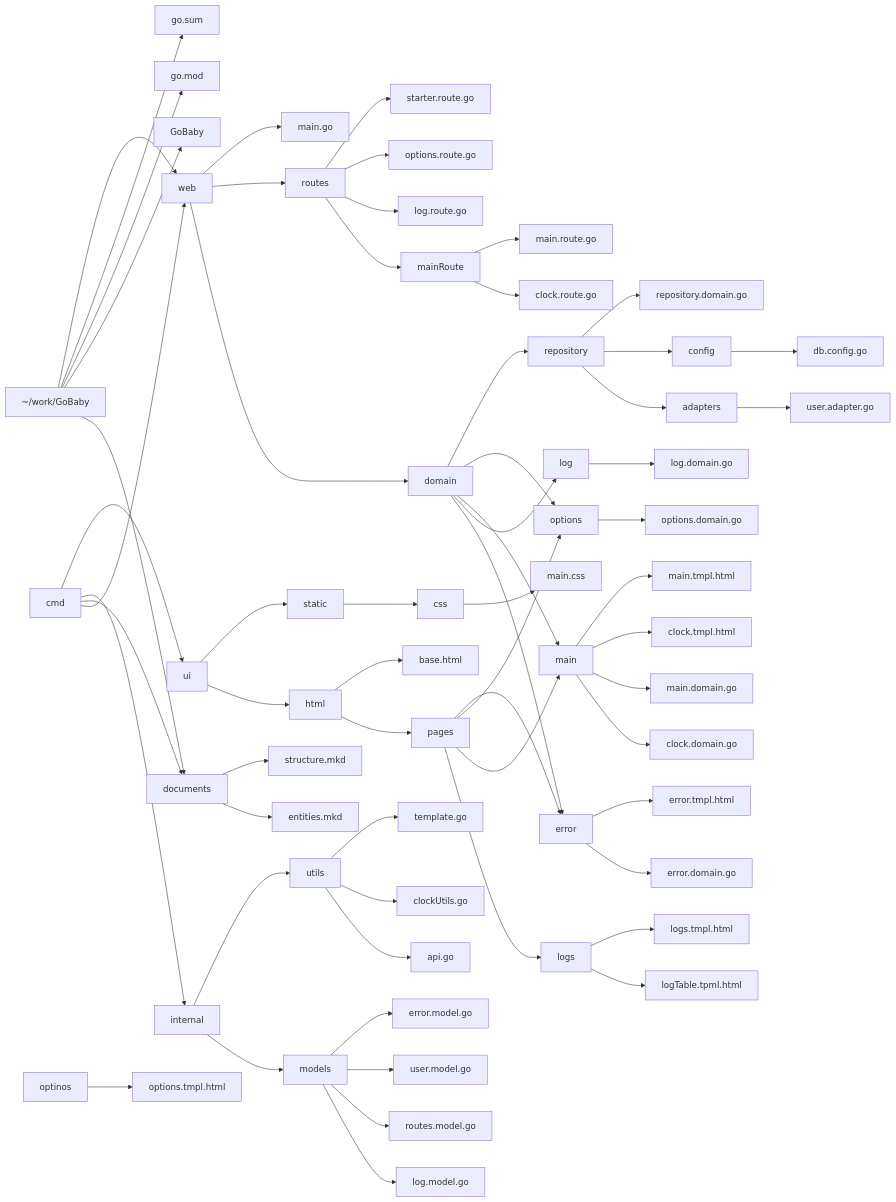
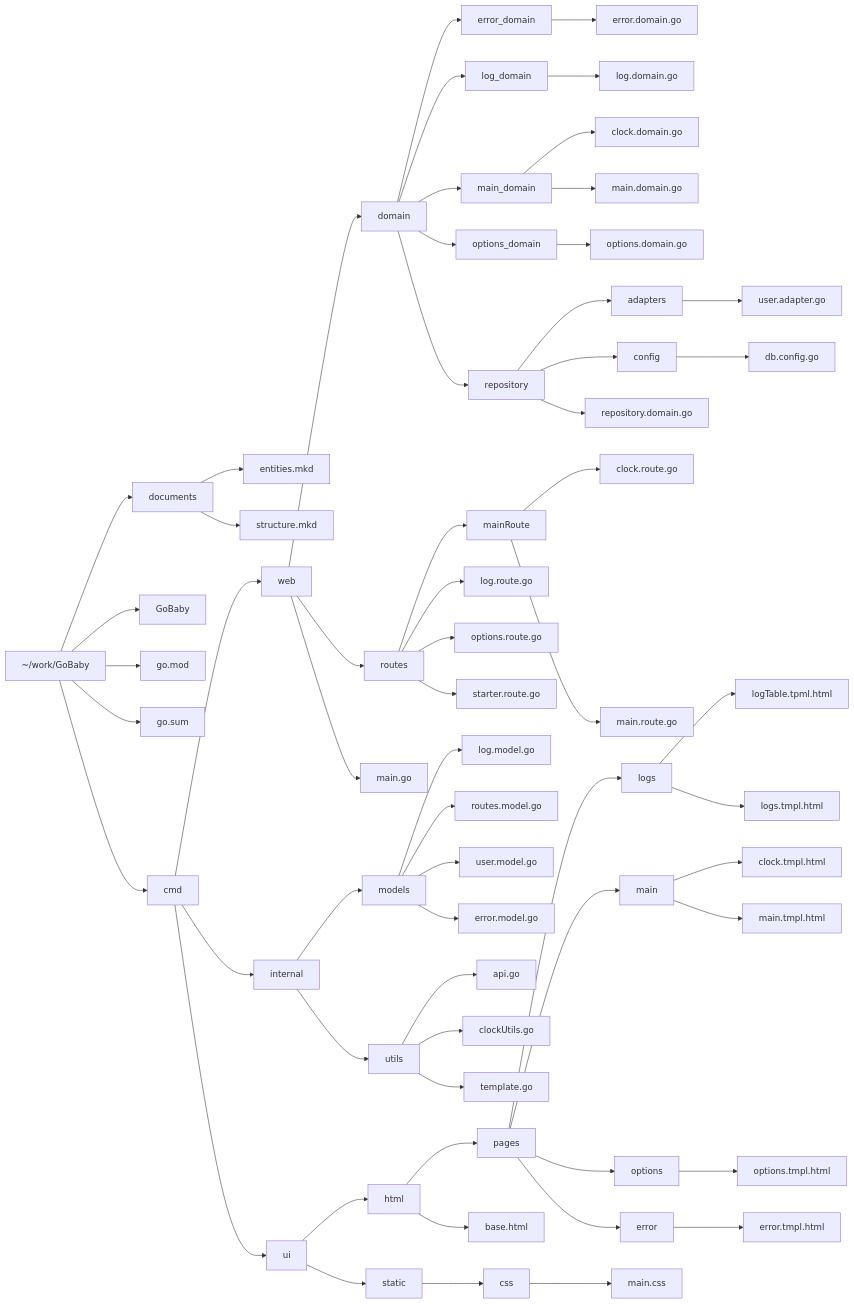
The diagram in readme.md (Gentleman-Programming/GoBaby), drawn with Mermaid before and after one commit. The commit also changed other lines of this file, not shown here.

Commit message:
feature: update readme

````diff
--- a/readme.md
+++ b/readme.md
@@ -33,69 +33,69 @@
 ```mermaid
 graph LR;
 A[~/work/GoBaby]
 
 A --> documents
+documents
+documents --> entities.mkd
+documents --> structure.mkd
+
 A --> GoBaby
 A --> go.mod
 A --> go.sum
-A --> web
+A --> cmd
 
 cmd --> web
-    web --> domain
-        domain --> error
-            error --> error.domain.go
-        domain --> log
-            log --> log.domain.go
-        domain --> main
-            main --> clock.domain.go
-            main --> main.domain.go
-        domain --> options
-            options --> options.domain.go
-        domain --> repository
-            repository --> adapters
-                adapters --> user.adapter.go
-            repository --> config
-                config --> db.config.go
-            repository --> repository.domain.go
-    web --> routes
-        routes --> mainRoute
-            mainRoute --> clock.route.go
-            mainRoute --> main.route.go
-        routes --> log.route.go
-        routes --> options.route.go
-        routes --> starter.route.go
-    web --> main.go
-
-cmd --> documents
-    documents --> entities.mkd
-    documents --> structure.mkd
+web --> domain
+domain --> error_domain
+error_domain --> error.domain.go
+domain --> log_domain
+log_domain --> log.domain.go
+domain --> main_domain
+main_domain --> clock.domain.go
+main_domain --> main.domain.go
+domain --> options_domain
+options_domain --> options.domain.go
+domain --> repository
+repository --> adapters
+adapters --> user.adapter.go
+repository --> config
+config --> db.config.go
+repository --> repository.domain.go
+web --> routes
+routes --> mainRoute
+mainRoute --> clock.route.go
+mainRoute --> main.route.go
+routes --> log.route.go
+routes --> options.route.go
+routes --> starter.route.go
+web --> main.go
 
 cmd --> internal
-    internal --> models
-        models --> log.model.go
-        models --> routes.model.go
-        models --> user.model.go
-        models --> error.model.go
-    internal --> utils
-        utils --> api.go
-        utils --> clockUtils.go
-        utils --> template.go
+internal --> models
+models --> log.model.go
+models --> routes.model.go
+models --> user.model.go
+models --> error.model.go
+internal --> utils
+utils --> api.go
+utils --> clockUtils.go
+utils --> template.go
 
 cmd --> ui
-    ui --> html
-        html --> pages
-            pages --> logs
-                logs --> logTable.tpml.html
-                logs --> logs.tmpl.html
-            pages --> main
-                main --> clock.tmpl.html
-                main --> main.tmpl.html
-            pages --> options
-                optinos --> options.tmpl.html
-            pages --> error
-                error --> error.tmpl.html
-        html --> base.html
-    ui --> static
-        static --> css
-            css --> main.css
+ui --> html
+html --> pages
+pages --> logs
+logs --> logTable.tpml.html
+logs --> logs.tmpl.html
+pages --> main
+main --> clock.tmpl.html
+main --> main.tmpl.html
+pages --> options
+options --> options.tmpl.html
+pages --> error
+error --> error.tmpl.html
+html --> base.html
+ui --> static
+static --> css
+css --> main.css
 ```
````
